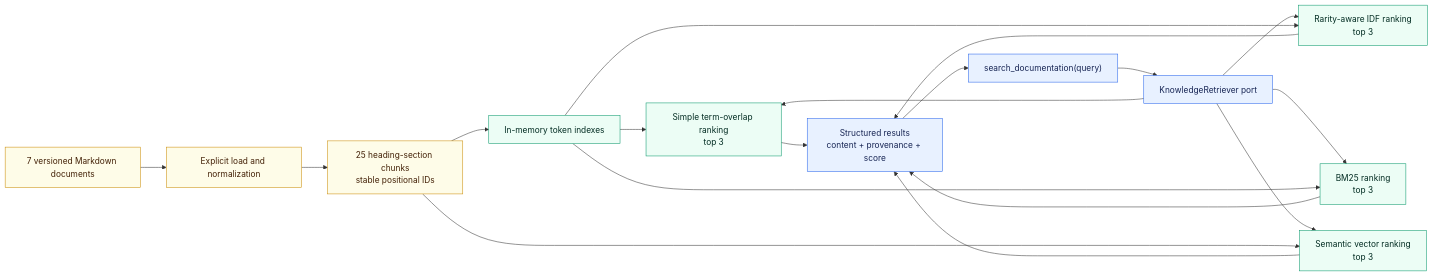
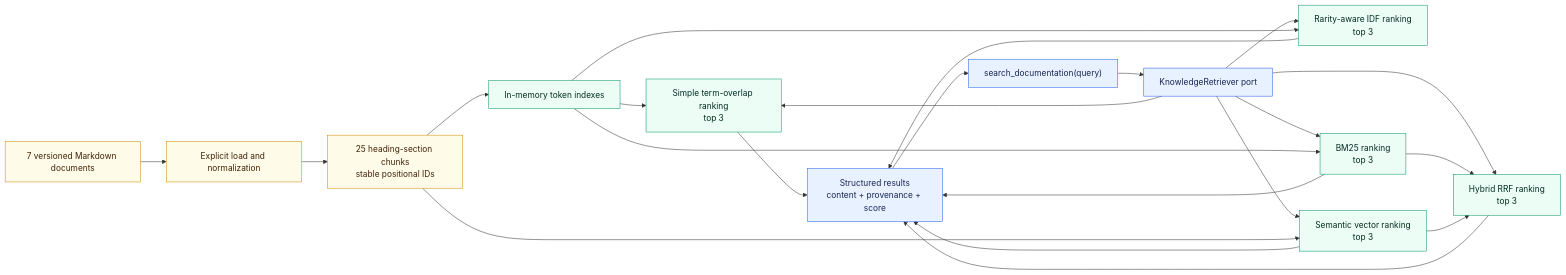
One commit to aboerzel/industrial-ai-agent changed the second of 11 diagrams in docs/architecture/overview.md. Above: the diagram before and after it, drawn with Mermaid. The commit also changed other lines of this file and 8 other files, not shown here.

````diff
--- a/docs/architecture/overview.md
+++ b/docs/architecture/overview.md
@@ -98,27 +102,31 @@
 ```mermaid
 flowchart LR
     Docs["7 versioned Markdown documents"] --> Load["Explicit load and normalization"]
     Load --> Chunk["25 heading-section chunks<br/>stable positional IDs"]
     Chunk --> Index["In-memory token indexes"]
     Query["search_documentation(query)"] --> Port["KnowledgeRetriever port"]
     Port --> Simple["Simple term-overlap ranking<br/>top 3"]
     Port --> IDFSearch["Rarity-aware IDF ranking<br/>top 3"]
     Port --> BM25Search["BM25 ranking<br/>top 3"]
     Port --> SemanticSearch["Semantic vector ranking<br/>top 3"]
+    Port --> HybridSearch["Hybrid RRF ranking<br/>top 3"]
     Index --> Simple
     Index --> IDFSearch
     Index --> BM25Search
     Chunk --> SemanticSearch
+    BM25Search --> HybridSearch
+    SemanticSearch --> HybridSearch
     Simple --> Results["Structured results<br/>content + provenance + score"]
     IDFSearch --> Results
     BM25Search --> Results
     SemanticSearch --> Results
+    HybridSearch --> Results
     Results --> Query
 
     classDef data fill:#fefce8,stroke:#ca8a04,color:#422006
     classDef core fill:#e8f1ff,stroke:#2563eb,color:#172554
     classDef adapter fill:#ecfdf5,stroke:#059669,color:#022c22
     class Docs,Load,Chunk data
     class Query,Port,Results core
-    class Index,Simple,IDFSearch,BM25Search,SemanticSearch adapter
+    class Index,Simple,IDFSearch,BM25Search,SemanticSearch,HybridSearch adapter
 ```
````
